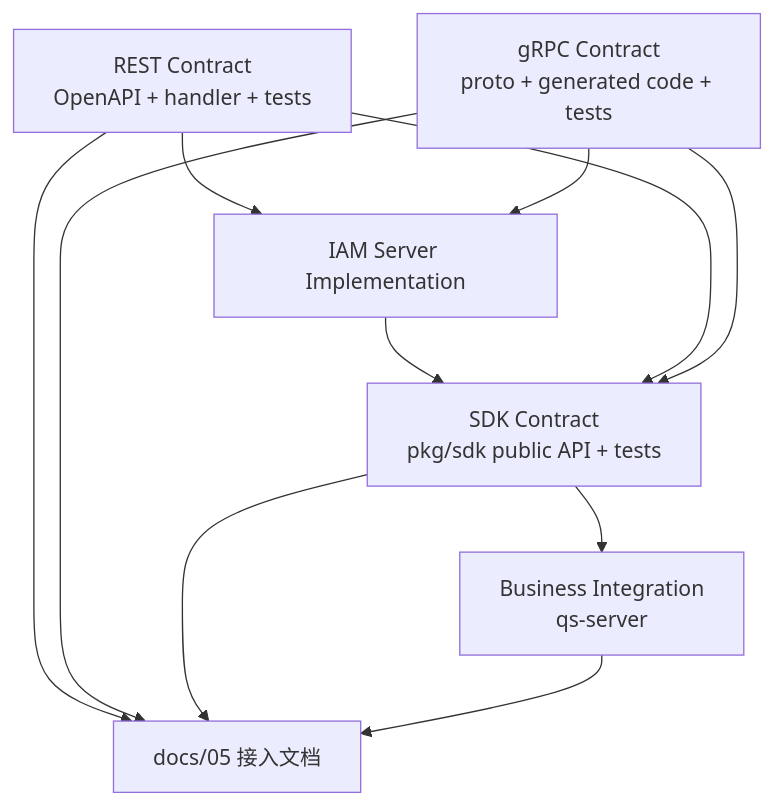
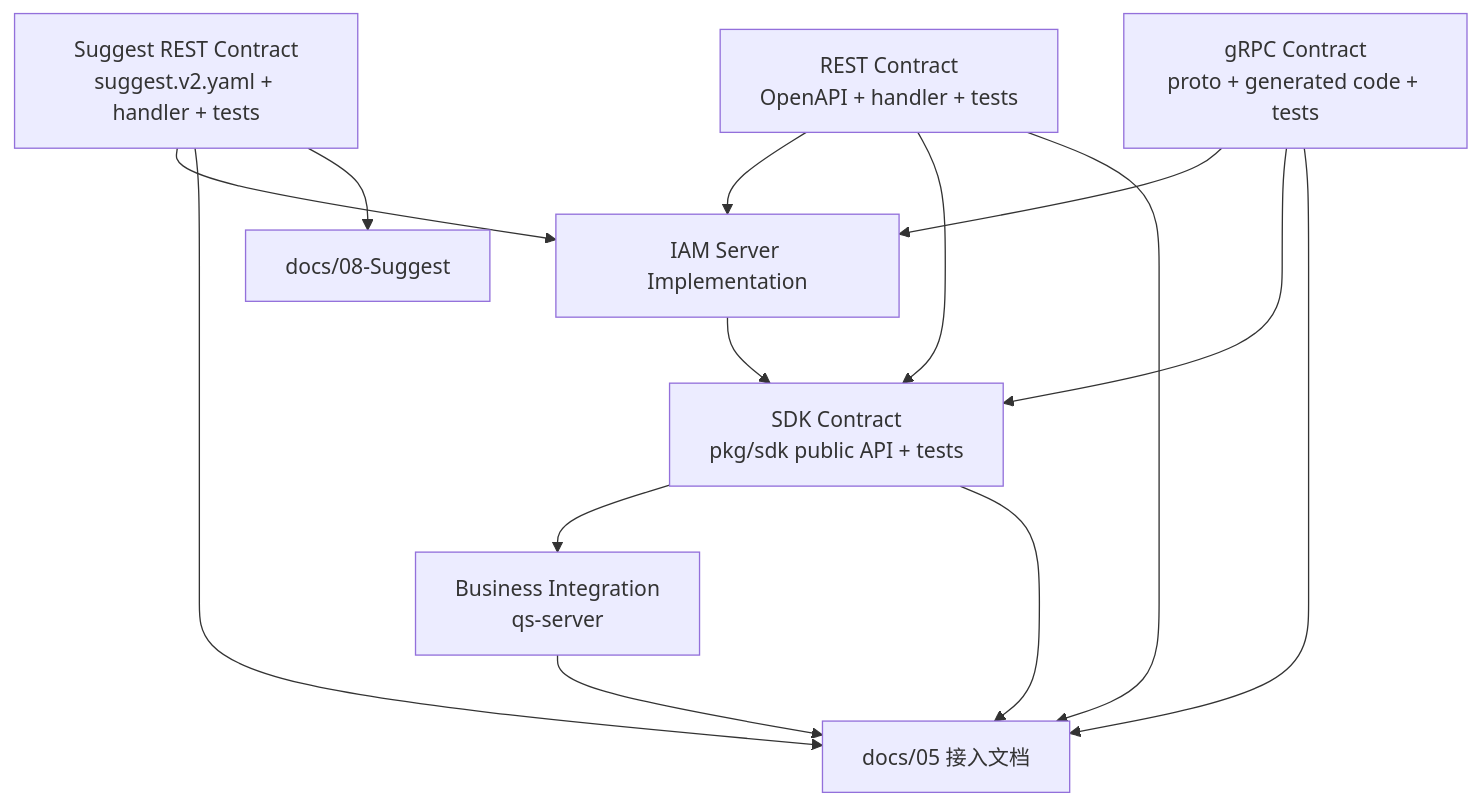
One commit to FangcunMount/iam changed the fifth of 5 diagrams in docs/07-宣讲/09-REST-gRPC-SDK接入讲法.md. Above: the diagram before and after it, drawn with Mermaid. The commit also changed other lines of this file and 16 other files, not shown here.

````diff
--- a/docs/07-宣讲/09-REST-gRPC-SDK接入讲法.md
+++ b/docs/07-宣讲/09-REST-gRPC-SDK接入讲法.md
@@ -281,20 +325,25 @@
 ```mermaid
 flowchart TD
     REST["REST Contract<br/>OpenAPI + handler + tests"]
+    SuggestREST["Suggest REST Contract<br/>suggest.v2.yaml + handler + tests"]
     GRPC["gRPC Contract<br/>proto + generated code + tests"]
     SDK["SDK Contract<br/>pkg/sdk public API + tests"]
     Server["IAM Server Implementation"]
     Docs["docs/05 接入文档"]
+    SuggestDocs["docs/08-Suggest"]
     Biz["Business Integration<br/>qs-server"]
 
     REST --> Server
+    SuggestREST --> Server
     GRPC --> Server
     Server --> SDK
     REST --> SDK
     GRPC --> SDK
     SDK --> Biz
     REST --> Docs
+    SuggestREST --> Docs
+    SuggestREST --> SuggestDocs
     GRPC --> Docs
     SDK --> Docs
     Biz --> Docs
 ```
````
